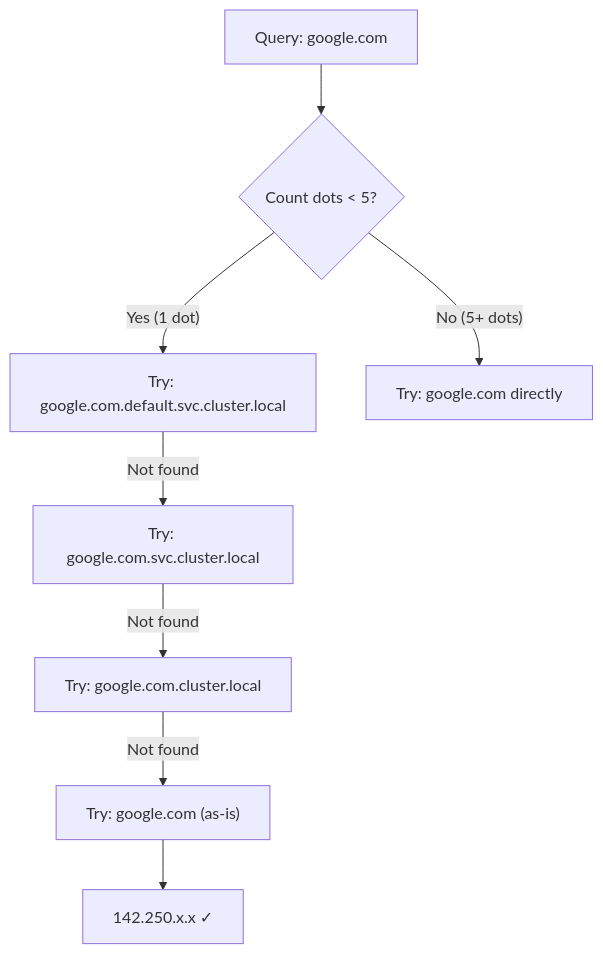
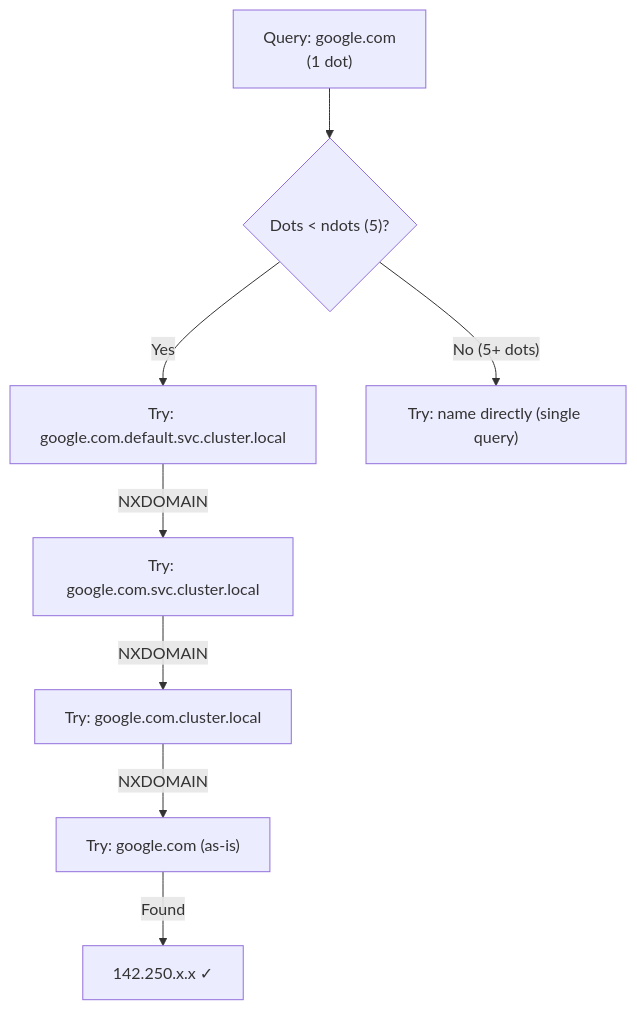
Before and after one commit to UncleJS/course_k3s: the fifth of 6 diagrams in 04_networking/03_dns_coredns.md, drawn with Mermaid. The commit also changed other lines of this file and 45 other files, not shown here.

First line of the commit message:
Expand all course lessons: Mermaid diagrams + rich prose across 43 files

````diff
--- a/04_networking/03_dns_coredns.md
+++ b/04_networking/03_dns_coredns.md
@@ -266,10 +420,10 @@
 ```mermaid
 flowchart TD
-    Q["Query: google.com"] --> DOTS{Count dots < 5?}
-    DOTS -->|"Yes (1 dot)"| S1["Try: google.com.default.svc.cluster.local"]
-    S1 -->|"Not found"| S2["Try: google.com.svc.cluster.local"]
-    S2 -->|"Not found"| S3["Try: google.com.cluster.local"]
-    S3 -->|"Not found"| S4["Try: google.com (as-is)"]
-    S4 --> FOUND["142.250.x.x ✓"]
-    DOTS -->|"No (5+ dots)"| DIRECT["Try: google.com directly"]
+    Q["Query: google.com<br/>(1 dot)"] --> DOTS{"Dots < ndots (5)?"}
+    DOTS -->|"Yes"| S1["Try: google.com.default.svc.cluster.local"]
+    S1 -->|"NXDOMAIN"| S2["Try: google.com.svc.cluster.local"]
+    S2 -->|"NXDOMAIN"| S3["Try: google.com.cluster.local"]
+    S3 -->|"NXDOMAIN"| S4["Try: google.com (as-is)"]
+    S4 -->|"Found"| FOUND["142.250.x.x ✓"]
+    DOTS -->|"No (5+ dots)"| DIRECT["Try: name directly (single query)"]
 ```
````
